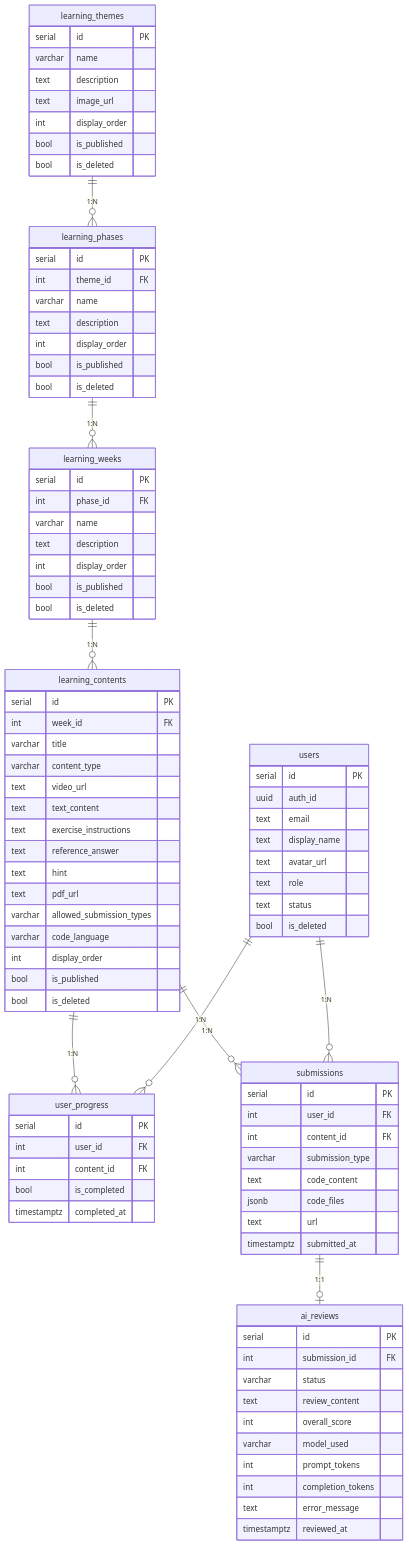
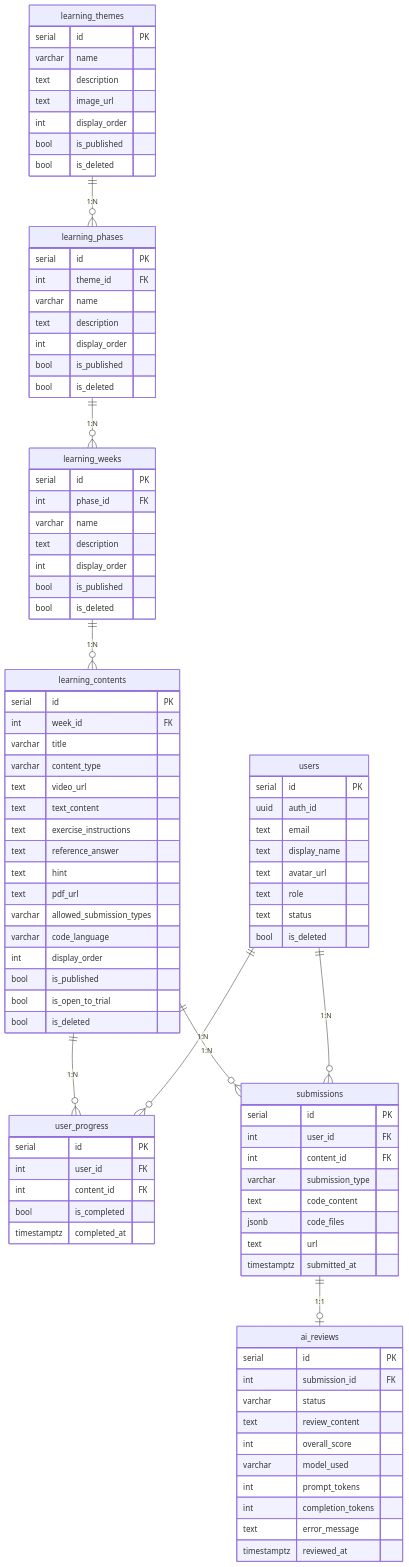
Before and after one commit to Singuralitylabs/sinlab-study: the diagram in docs/database.md, drawn with Mermaid. The commit also changed other lines of this file and 4 other files, not shown here.

```diff
--- a/docs/database.md
+++ b/docs/database.md
@@ -76,6 +76,7 @@
         varchar code_language
         int display_order
         bool is_published
+        bool is_open_to_trial
         bool is_deleted
     }
     users {
```
